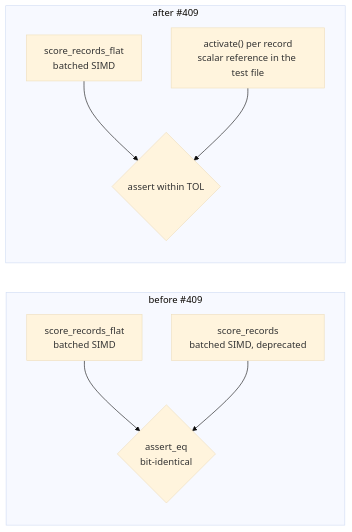
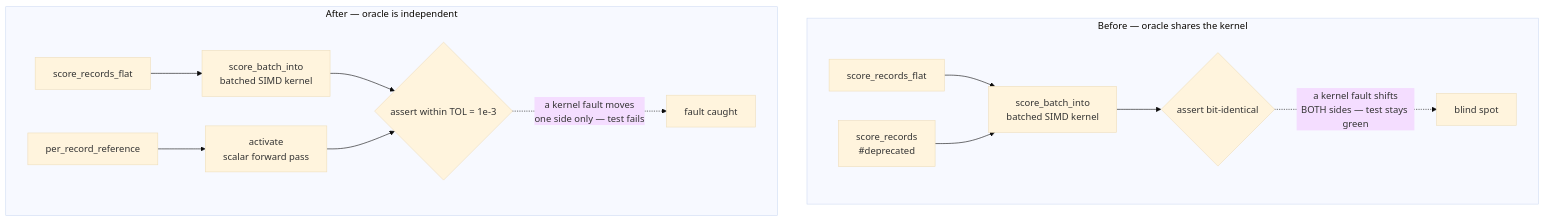
Before and after one commit to stSoftwareAU/NEAT-AI-core: the diagram in docs/archive/pr-summaries/pr-summary-409.md, drawn with Mermaid (base theme). The commit also changed other lines of this file, not shown here.

First line of the commit message:
docs: add PR summary for the per-record scoring wrapper removal (Issue #409)

````diff
--- a/docs/archive/pr-summaries/pr-summary-409.md
+++ b/docs/archive/pr-summaries/pr-summary-409.md
@@ -62,11 +58,16 @@
 ```mermaid
-flowchart LR
-    subgraph BEFORE["before #409"]
-        A1["score_records_flat<br/>batched SIMD"] --> C1{"assert_eq<br/>bit-identical"}
-        A2["score_records<br/>batched SIMD, deprecated"] --> C1
+flowchart TD
+    subgraph before["Before — oracle shares the kernel"]
+        A1["score_records_flat"] --> K1["score_batch_into<br/>batched SIMD kernel"]
+        A2["score_records<br/>#deprecated"] --> K1
+        K1 --> C1{"assert bit-identical"}
+        C1 -.->|"a kernel fault shifts<br/>BOTH sides — test stays green"| B1["blind spot"]
     end
-    subgraph AFTER["after #409"]
-        B1["score_records_flat<br/>batched SIMD"] --> C2{"assert within TOL"}
-        B2["activate() per record<br/>scalar reference in the test file"] --> C2
+    subgraph after["After — oracle is independent"]
+        A3["score_records_flat"] --> K2["score_batch_into<br/>batched SIMD kernel"]
+        A4["per_record_reference"] --> S["activate<br/>scalar forward pass"]
+        K2 --> C2{"assert within TOL = 1e-3"}
+        S --> C2
+        C2 -.->|"a kernel fault moves<br/>one side only — test fails"| G1["fault caught"]
     end
 ```
````
